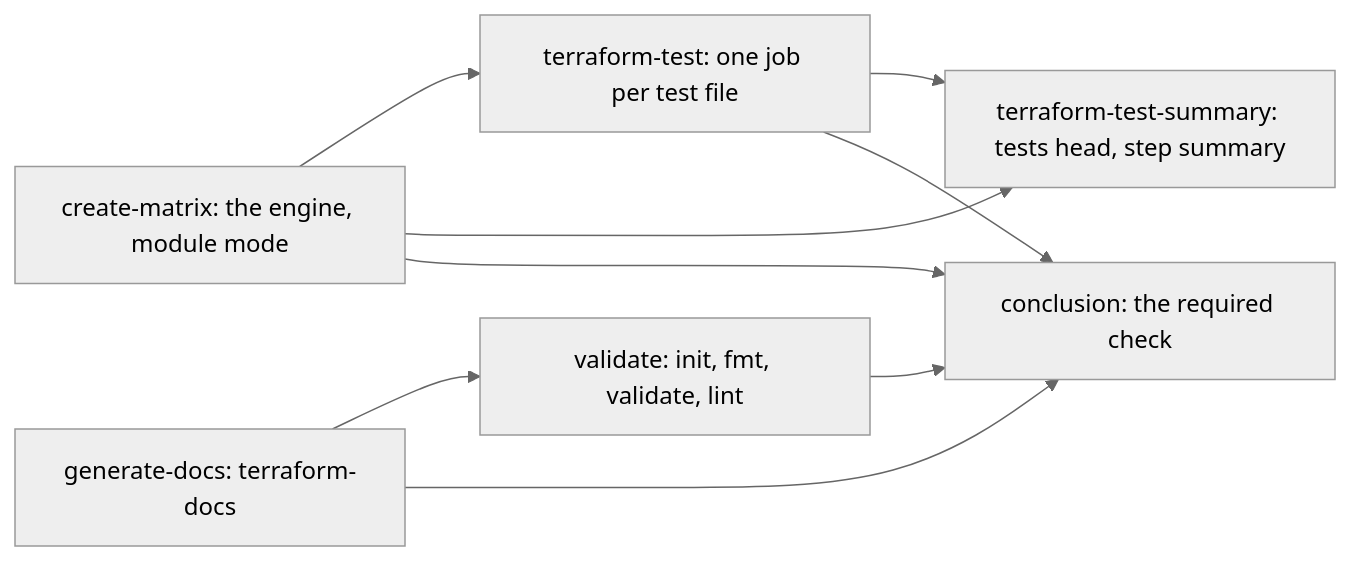
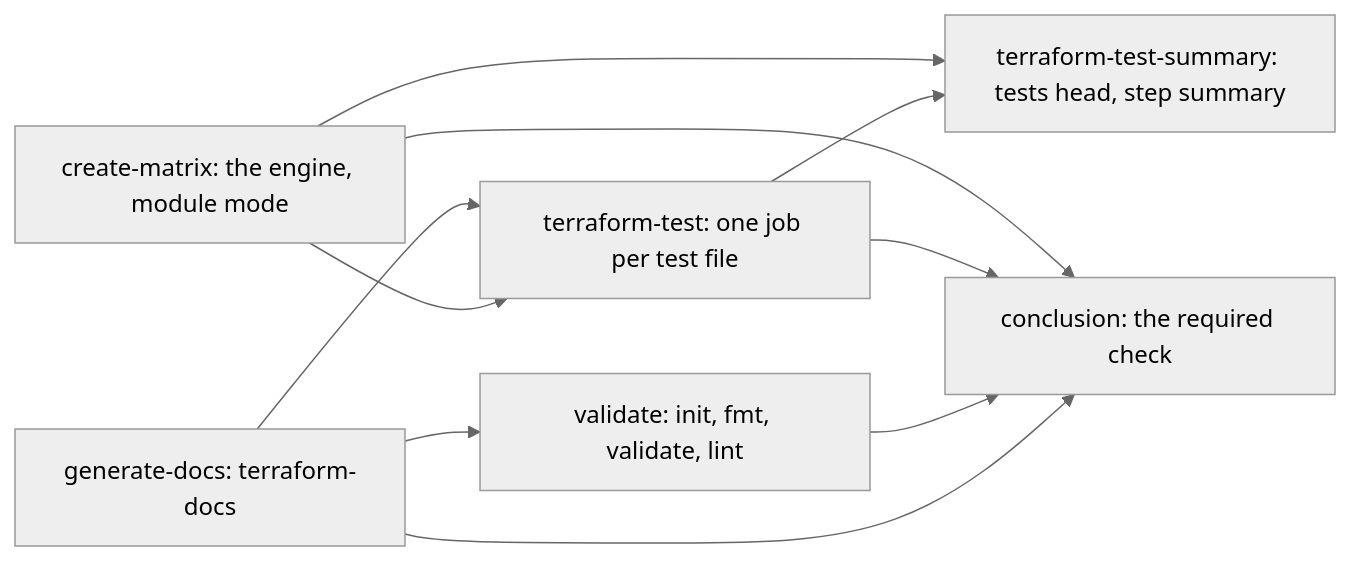
Before and after one commit to dsb-norge/github-actions-terraform: the diagram in docs/Module-ci.md, drawn with Mermaid (neutral theme). The commit also changed other lines of this file, not shown here.

````diff
--- a/docs/Module-ci.md
+++ b/docs/Module-ci.md
@@ -81,11 +81,12 @@
 ```mermaid
 flowchart LR
     matrix["create-matrix: the engine, module mode"] --> tests["terraform-test: one job per test file"]
     docs["generate-docs: terraform-docs"] --> validate["validate: init, fmt, validate, lint"]
+    docs --> tests
     tests --> summary["terraform-test-summary: tests head, step summary"]
     matrix --> summary
     docs --> conclusion["conclusion: the required check"]
     validate --> conclusion
     tests --> conclusion
     matrix --> conclusion
 ```
````
